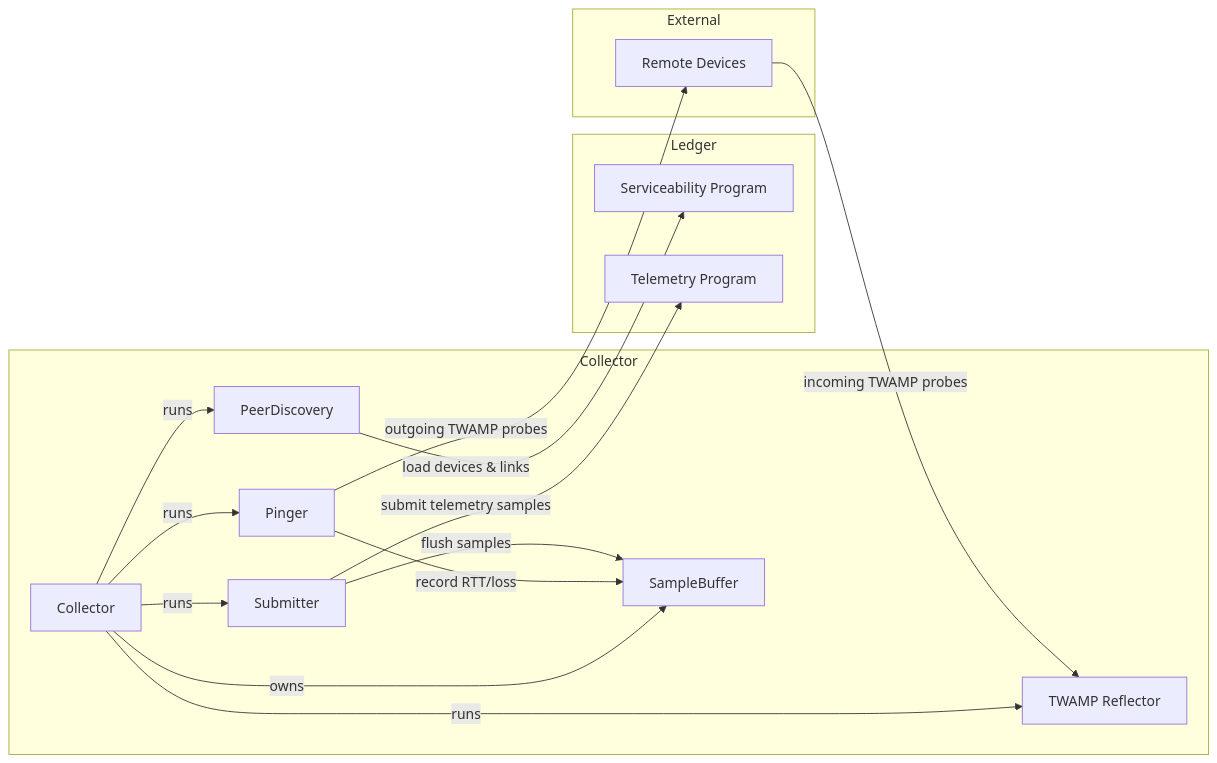
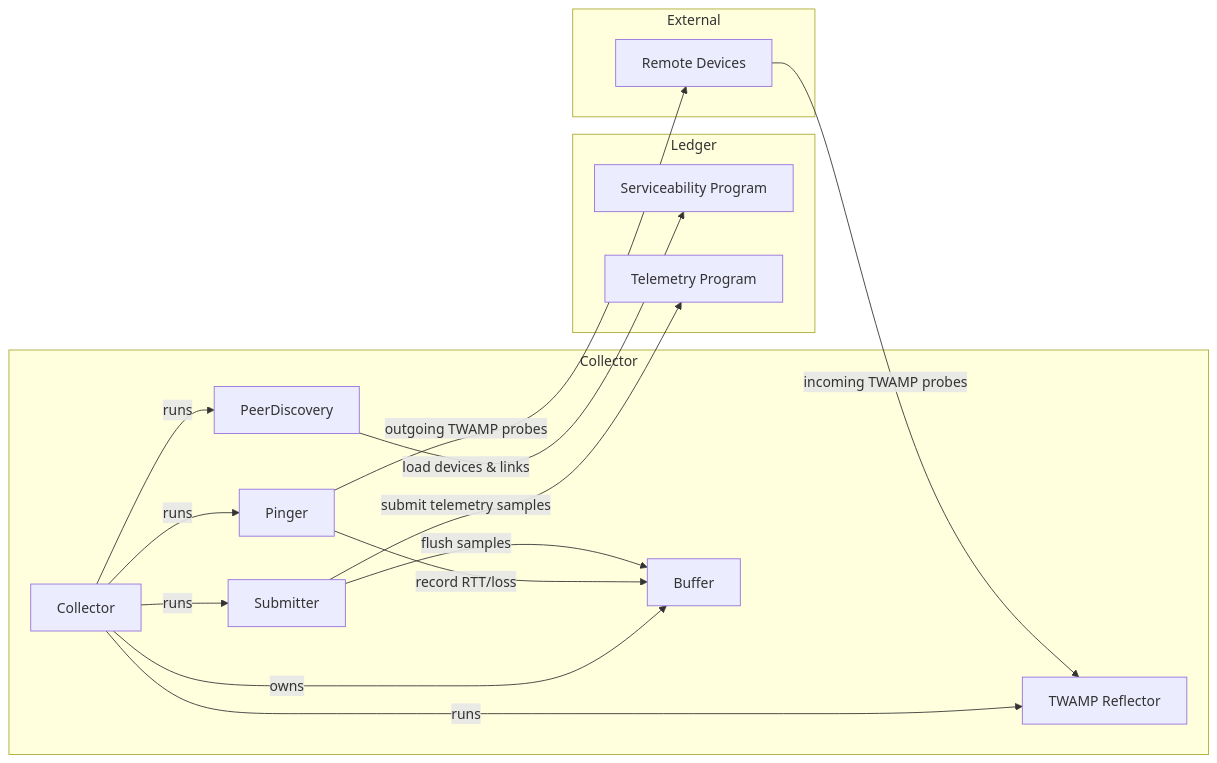
One commit to malbeclabs/doublezero changed the first of 2 diagrams in controlplane/telemetry/README.md. Above: the diagram before and after it, drawn with Mermaid. The commit also changed other lines of this file and 22 other files, not shown here.

````diff
--- a/controlplane/telemetry/README.md
+++ b/controlplane/telemetry/README.md
@@ -18,25 +18,25 @@
 ```mermaid
 graph LR
   subgraph Collector
     C[Collector]
     C -->|"runs"| R["TWAMP Reflector"]
     C -->|"runs"| P[Pinger]
     C -->|"runs"| S[Submitter]
     C -->|"runs"| PD[PeerDiscovery]
-    C -->|"owns"| SB[SampleBuffer]
+    C -->|"owns"| SB[Buffer]
     P -->|"record RTT/loss"| SB
     S -->|"flush samples"| SB
   end
 
   subgraph Ledger
     PD -->|"load devices & links"| PRG["Serviceability Program"]
     S -->|"submit telemetry samples"| TPC["Telemetry Program"]
   end
 
   subgraph External
     DEV["Remote Devices"]
   end
 
   DEV -->|"incoming TWAMP probes"| R
   P -->|"outgoing TWAMP probes"| DEV
 ```
````
